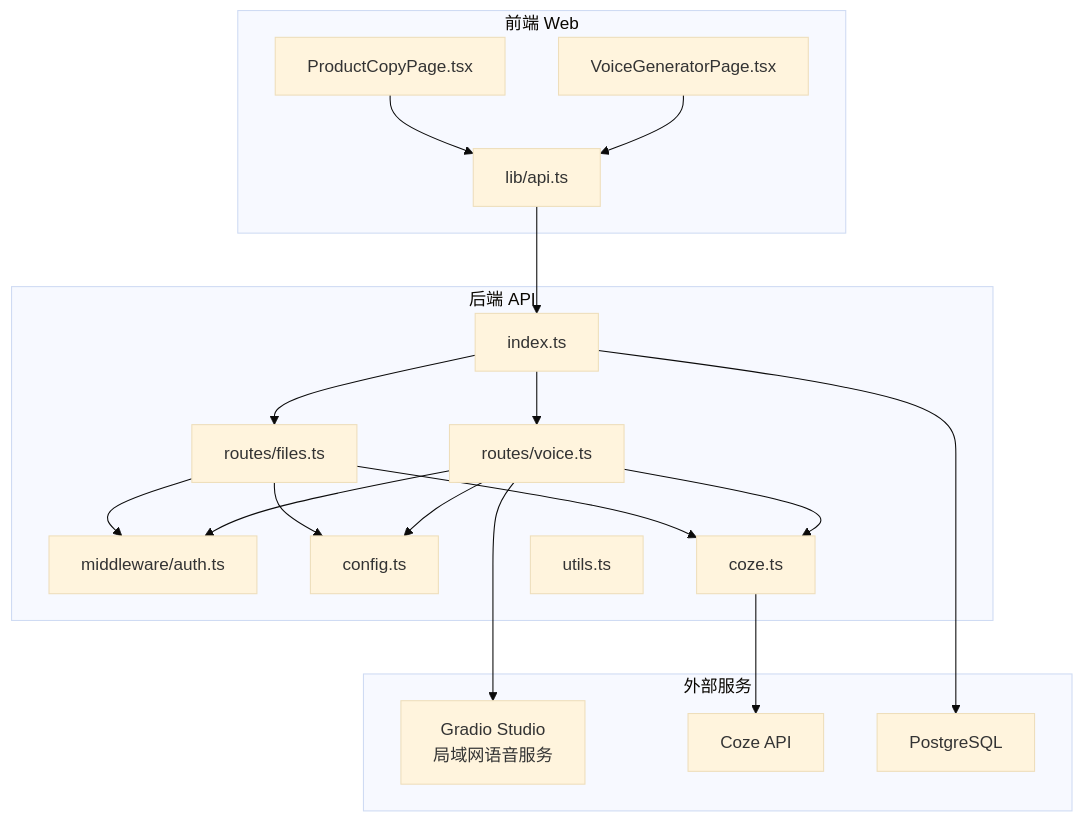
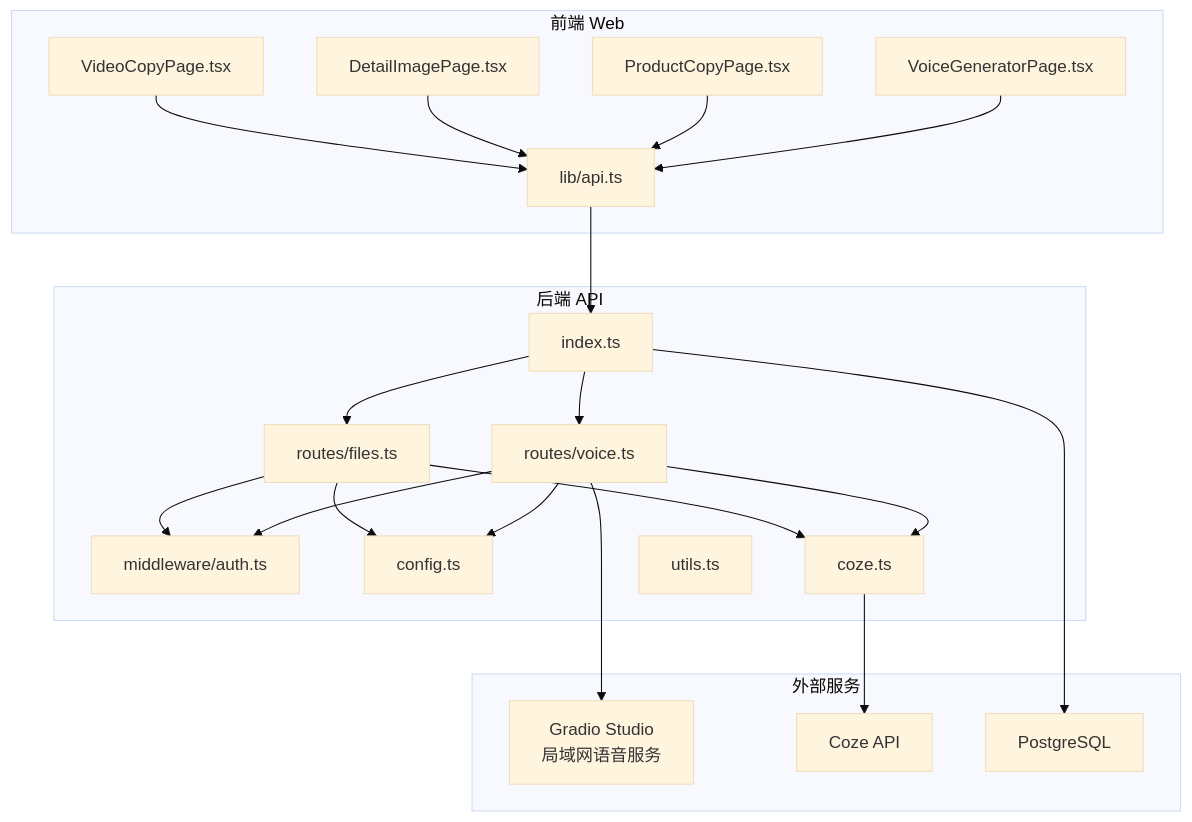
Before and after one commit to hanksd769-droid/sailshub: the first of 4 diagrams in .qoder/repowiki/zh/content/API 接口文档/语音生成接口.md, drawn with Mermaid (base theme). The commit also changed other lines of this file and 5 other files, not shown here.

````diff
--- a/.qoder/repowiki/zh/content/API 接口文档/语音生成接口.md
+++ b/.qoder/repowiki/zh/content/API 接口文档/语音生成接口.md
@@ -50,36 +52,40 @@
 ```mermaid
 graph TB
 subgraph "前端 Web"
 WG["VoiceGeneratorPage.tsx"]
 PC["ProductCopyPage.tsx"]
+DI["DetailImagePage.tsx"]
+VC["VideoCopyPage.tsx"]
 API["lib/api.ts"]
 end
 subgraph "后端 API"
 IDX["index.ts"]
 VOICE["routes/voice.ts"]
 FILES["routes/files.ts"]
 AUTH["middleware/auth.ts"]
 CONF["config.ts"]
 COZE["coze.ts"]
 UTIL["utils.ts"]
 end
 subgraph "外部服务"
 GRADIO["Gradio Studio<br/>局域网语音服务"]
 COZE_API["Coze API"]
 DB["PostgreSQL"]
 end
 WG --> API
 PC --> API
+DI --> API
+VC --> API
 API --> IDX
 IDX --> VOICE
 IDX --> FILES
 VOICE --> AUTH
 FILES --> AUTH
 VOICE --> CONF
 FILES --> CONF
 VOICE --> COZE
 FILES --> COZE
 COZE --> COZE_API
 VOICE --> GRADIO
 IDX --> DB
 ```
````
